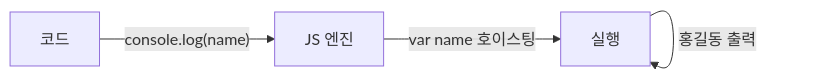
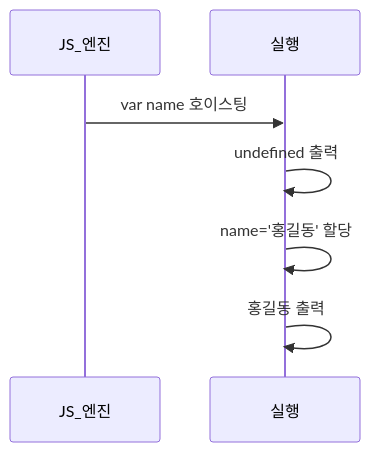
One commit to yjkim2015/yjkim2015.github.io changed the third of 9 diagrams in _posts/frontend/2026-05-02-js-var-let-const.md. Above: the diagram before and after it, drawn with Mermaid. The commit also changed other lines of this file and 89 other files, not shown here.

First line of the commit message:
복잡한 flowchart 163개 → sequenceDiagram 변환 (90파일)

````diff
--- a/_posts/frontend/2026-05-02-js-var-let-const.md
+++ b/_posts/frontend/2026-05-02-js-var-let-const.md
@@ -120,8 +120,7 @@
 ```mermaid
-graph LR
-    CODE["코드"] -->|"console.log(name)"| ENGINE["JS 엔진"]
-    ENGINE -->|"var name 호이스팅"| EXEC["실행"]
-    EXEC -->|"undefined 출력"| EXEC
-    EXEC -->|"name='홍길동' 할당"| EXEC
-    EXEC -->|"홍길동 출력"| EXEC
+sequenceDiagram
+    JS_엔진->>실행: var name 호이스팅
+    실행->>실행: undefined 출력
+    실행->>실행: name='홍길동' 할당
+    실행->>실행: 홍길동 출력
 ```
````
